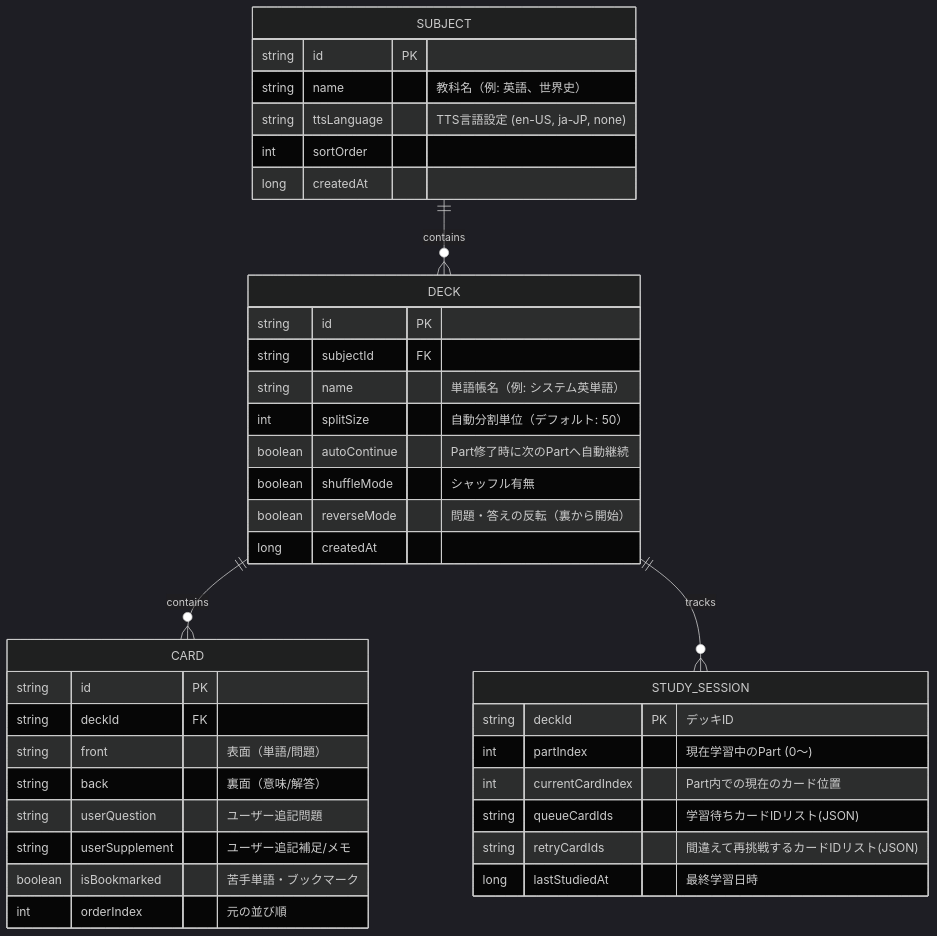
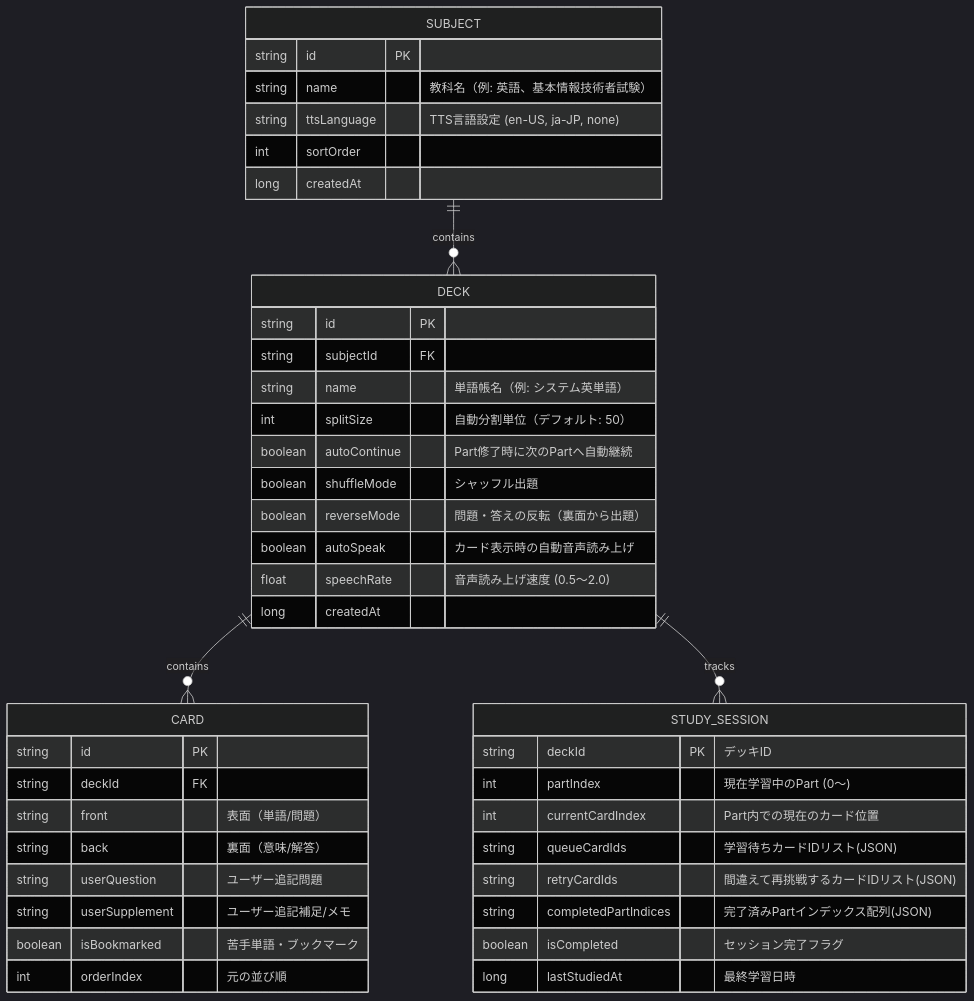
The first of 2 diagrams in docs/ARCHITECTURE.md (txcxjp/aidomari), drawn with Mermaid (dark theme) before and after one commit. The commit also changed other lines of this file and 1 other file, not shown here.

Commit message:
docs: update architecture and detailed design documentation (#30)

````diff
--- a/docs/ARCHITECTURE.md
+++ b/docs/ARCHITECTURE.md
@@ -17,45 +17,49 @@
 ```mermaid
 erDiagram
     SUBJECT ||--o{ DECK : contains
     DECK ||--o{ CARD : contains
     DECK ||--o{ STUDY_SESSION : tracks
 
     SUBJECT {
         string id PK
-        string name "教科名（例: 英語、世界史）"
+        string name "教科名（例: 英語、基本情報技術者試験）"
         string ttsLanguage "TTS言語設定 (en-US, ja-JP, none)"
         int sortOrder
         long createdAt
     }
 
     DECK {
         string id PK
         string subjectId FK
         string name "単語帳名（例: システム英単語）"
         int splitSize "自動分割単位（デフォルト: 50）"
         boolean autoContinue "Part修了時に次のPartへ自動継続"
-        boolean shuffleMode "シャッフル有無"
-        boolean reverseMode "問題・答えの反転（裏から開始）"
+        boolean shuffleMode "シャッフル出題"
+        boolean reverseMode "問題・答えの反転（裏面から出題）"
+        boolean autoSpeak "カード表示時の自動音声読み上げ"
+        float speechRate "音声読み上げ速度 (0.5〜2.0)"
         long createdAt
     }
 
     CARD {
         string id PK
         string deckId FK
         string front "表面（単語/問題）"
         string back "裏面（意味/解答）"
         string userQuestion "ユーザー追記問題"
         string userSupplement "ユーザー追記補足/メモ"
         boolean isBookmarked "苦手単語・ブックマーク"
         int orderIndex "元の並び順"
     }
 
     STUDY_SESSION {
         string deckId PK "デッキID"
         int partIndex "現在学習中のPart (0〜)"
         int currentCardIndex "Part内での現在のカード位置"
         string queueCardIds "学習待ちカードIDリスト(JSON)"
         string retryCardIds "間違えて再挑戦するカードIDリスト(JSON)"
+        string completedPartIndices "完了済みPartインデックス配列(JSON)"
+        boolean isCompleted "セッション完了フラグ"
         long lastStudiedAt "最終学習日時"
     }
 ```
````
